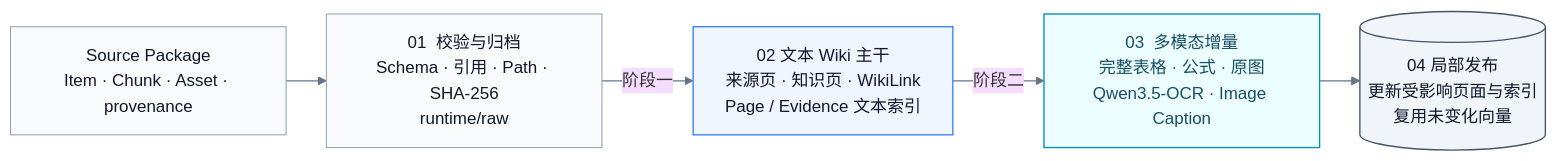
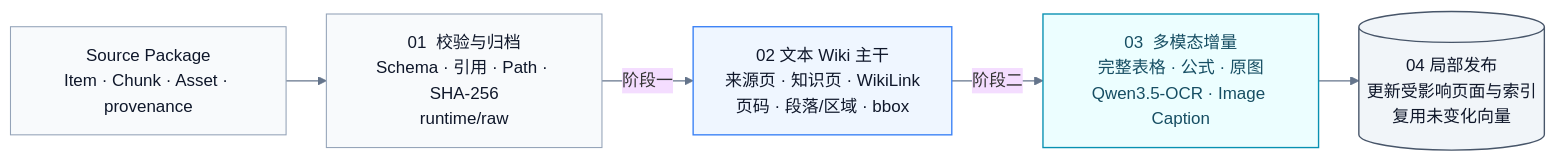
The second of 3 diagrams in README.md (yooa722/multimodal-llm-wiki), drawn with Mermaid before and after one commit. The commit also changed other lines of this file and 12 other files, not shown here.

Commit message:
feat: add precise page-level evidence provenance

````diff
--- a/README.md
+++ b/README.md
@@ -80,18 +80,18 @@
 ```mermaid
 %%{init: {"theme":"base","flowchart":{"curve":"linear","nodeSpacing":32,"rankSpacing":38},"themeVariables":{"fontFamily":"Inter, -apple-system, BlinkMacSystemFont, Segoe UI, sans-serif"}}}%%
 flowchart LR
     A["Source Package<br/>Item · Chunk · Asset · provenance"] --> B["01  校验与归档<br/>Schema · 引用 · Path · SHA-256<br/>runtime/raw"]
-    B -->|"阶段一"| C["02  文本 Wiki 主干<br/>来源页 · 知识页 · WikiLink<br/>Page / Evidence 文本索引"]
+    B -->|"阶段一"| C["02  文本 Wiki 主干<br/>来源页 · 知识页 · WikiLink<br/>页码 · 段落/区域 · bbox"]
     C -->|"阶段二"| D["03  多模态增量<br/>完整表格 · 公式 · 原图<br/>Qwen3.5-OCR · Image Caption"]
     D --> E[("04  局部发布<br/>更新受影响页面与索引<br/>复用未变化向量")]
 
     class A,B neutral
     class C core
     class D multimodal
     class E storage
     classDef neutral fill:#F8FAFC,stroke:#94A3B8,color:#0F172A,stroke-width:1px
     classDef core fill:#EFF6FF,stroke:#3B82F6,color:#0F172A,stroke-width:1.3px
     classDef multimodal fill:#ECFEFF,stroke:#0891B2,color:#164E63,stroke-width:1.3px
     classDef storage fill:#F1F5F9,stroke:#475569,color:#0F172A,stroke-width:1.3px
     linkStyle default stroke:#64748B,stroke-width:1.2px
 ```
````
